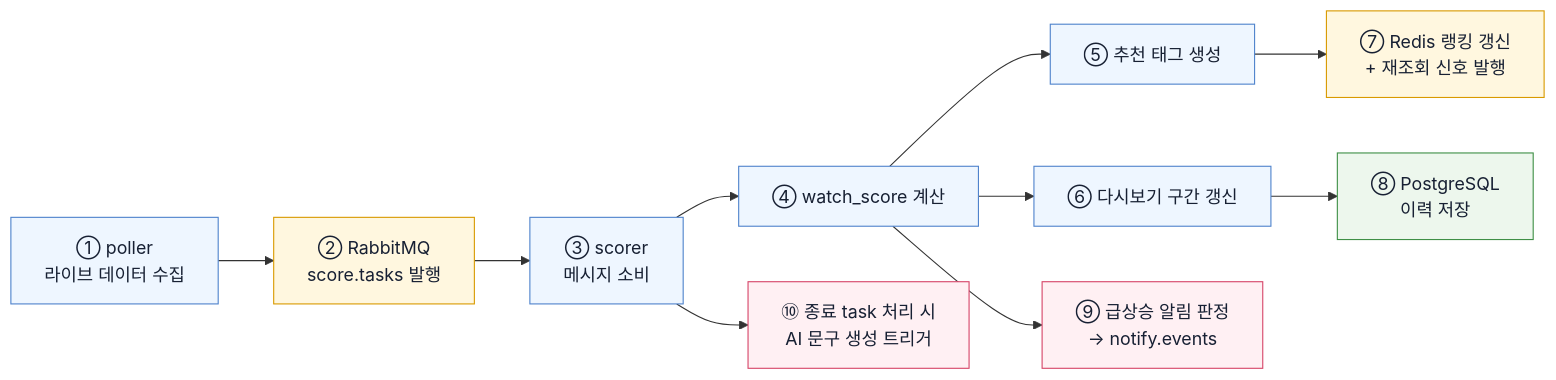
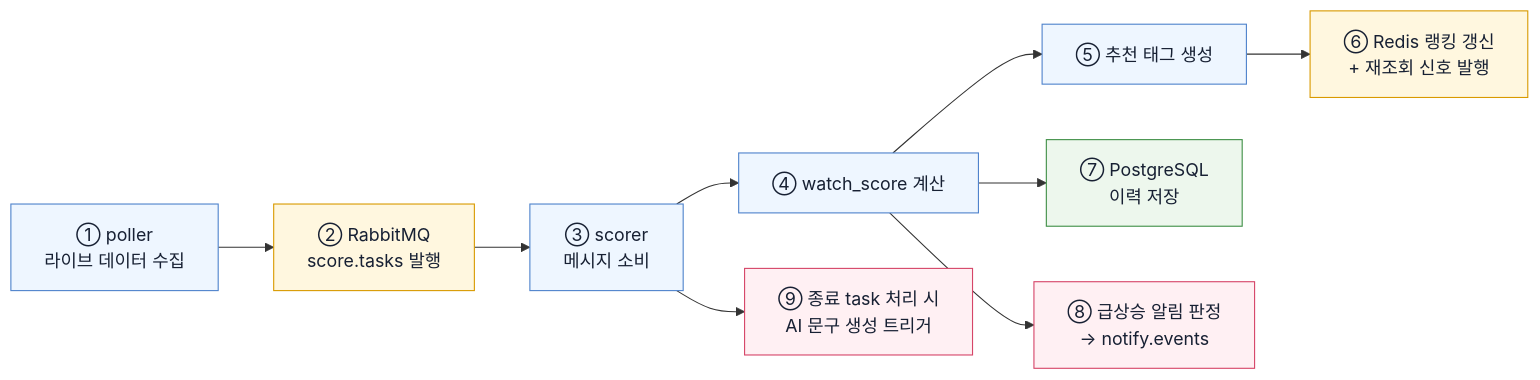
One commit to team-pulse-mlb/pulse-project changed the second of 3 diagrams in docs/design/DATA_PIPELINE.md. Above: the diagram before and after it, drawn with Mermaid. The commit also changed other lines of this file and 15 other files, not shown here.

````diff
--- a/docs/design/DATA_PIPELINE.md
+++ b/docs/design/DATA_PIPELINE.md
@@ -63,22 +63,21 @@
 ```mermaid
 flowchart LR
     classDef app fill:#eef6ff,stroke:#4f83cc,color:#172033
     classDef mw fill:#fff7df,stroke:#d99a00,color:#172033
     classDef store fill:#edf7ed,stroke:#3f8f46,color:#172033
     classDef signal fill:#fff0f3,stroke:#d64568,color:#172033
 
     A["① poller<br/>라이브 데이터 수집"] --> B["② RabbitMQ<br/>score.tasks 발행"]
     B --> C["③ scorer<br/>메시지 소비"]
     C --> D["④ watch_score 계산"]
     D --> E["⑤ 추천 태그 생성"]
-    D --> F["⑥ 다시보기 구간 갱신"]
-    E --> G["⑦ Redis 랭킹 갱신<br/>+ 재조회 신호 발행"]
-    F --> H["⑧ PostgreSQL<br/>이력 저장"]
-    D --> I["⑨ 급상승 알림 판정<br/>→ notify.events"]
-    C --> J["⑩ 종료 task 처리 시<br/>AI 문구 생성 트리거"]
+    E --> G["⑥ Redis 랭킹 갱신<br/>+ 재조회 신호 발행"]
+    D --> H["⑦ PostgreSQL<br/>이력 저장"]
+    D --> I["⑧ 급상승 알림 판정<br/>→ notify.events"]
+    C --> J["⑨ 종료 task 처리 시<br/>AI 문구 생성 트리거"]
 
-    class A,C,D,E,F app
+    class A,C,D,E app
     class B,G mw
     class H store
     class I,J signal
 ```
````
